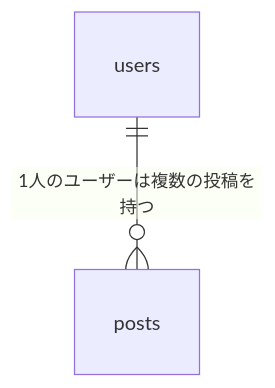
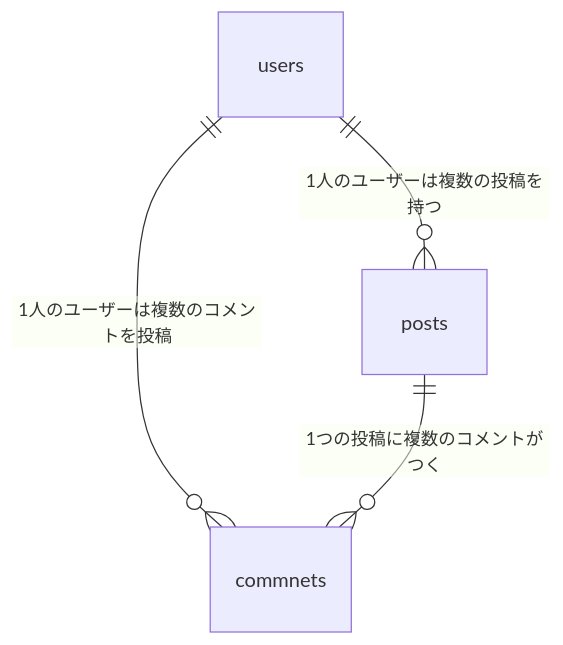
The second of 4 diagrams in README.md (yuta3003/HackHub), drawn with Mermaid before and after one commit. The commit also changed other lines of this file, not shown here.

````diff
--- a/README.md
+++ b/README.md
@@ -19,4 +26,6 @@
 ```mermaid
 erDiagram
   users ||--o{ posts : "1人のユーザーは複数の投稿を持つ"
+  users ||--o{ commnets : "1人のユーザーは複数のコメントを投稿"
+  posts ||--o{ commnets : "1つの投稿に複数のコメントがつく"
 ```
````
